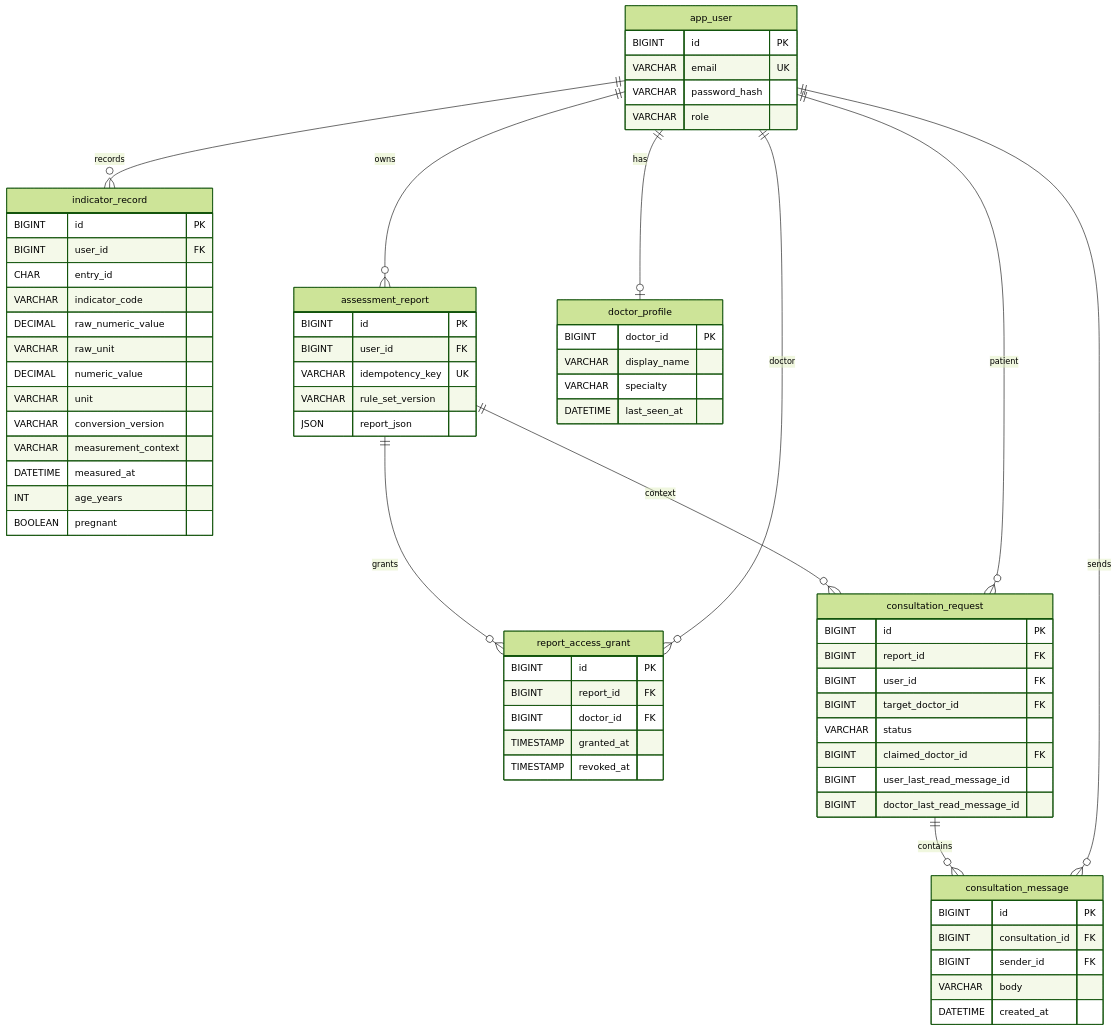
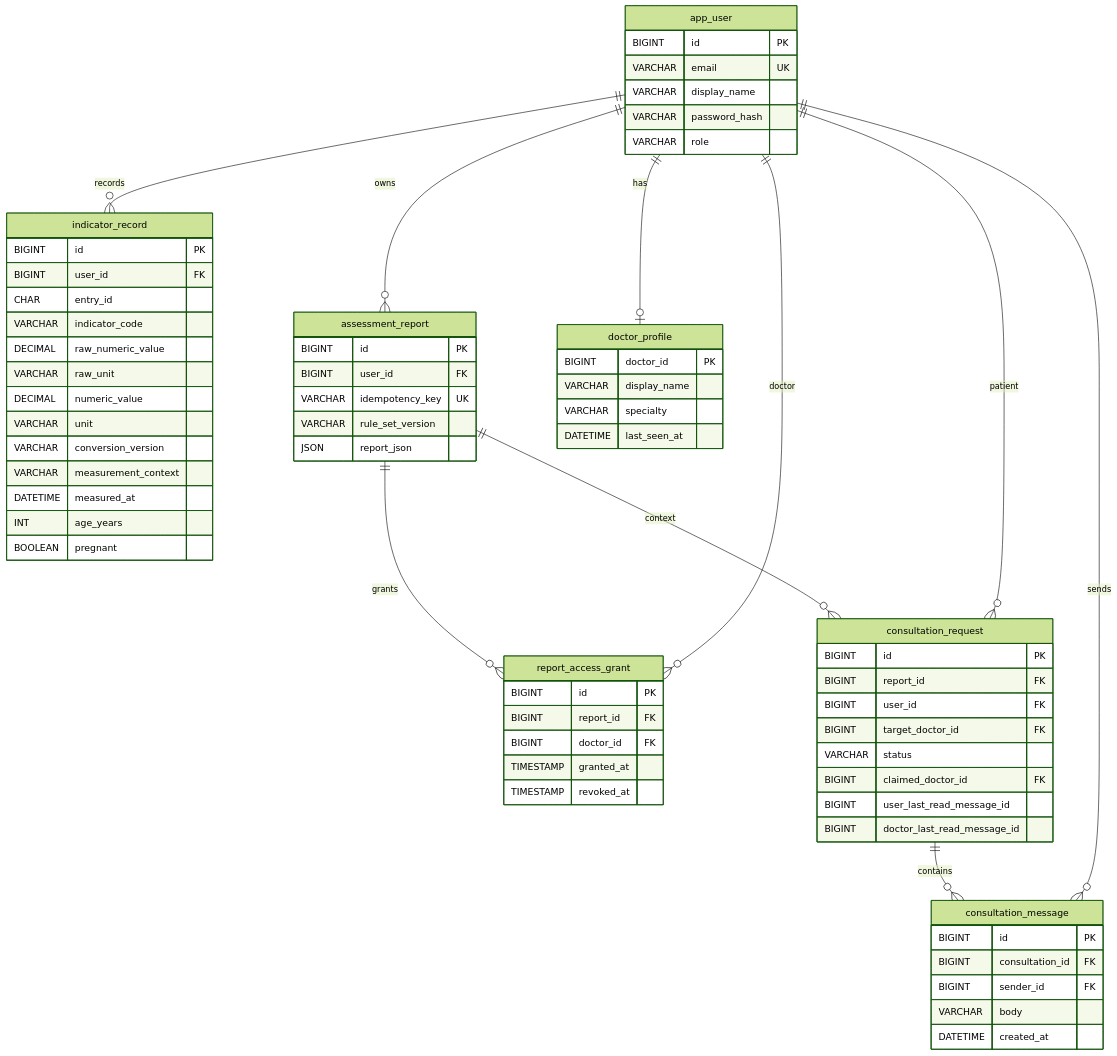
One commit to mxxx-account/JWZZ changed the diagram in docs/database-design.md. Above: the diagram before and after it, drawn with Mermaid (forest theme). The commit also changed other lines of this file and 27 other files, not shown here.

````diff
--- a/docs/database-design.md
+++ b/docs/database-design.md
@@ -5,71 +5,72 @@
 ```mermaid
 erDiagram
   app_user ||--o{ indicator_record : records
   app_user ||--o{ assessment_report : owns
   app_user ||--o| doctor_profile : has
   assessment_report ||--o{ report_access_grant : grants
   app_user ||--o{ report_access_grant : doctor
   assessment_report ||--o{ consultation_request : context
   app_user ||--o{ consultation_request : patient
   consultation_request ||--o{ consultation_message : contains
   app_user ||--o{ consultation_message : sends
 
   app_user {
     BIGINT id PK
     VARCHAR email UK
+    VARCHAR display_name
     VARCHAR password_hash
     VARCHAR role
   }
   indicator_record {
     BIGINT id PK
     BIGINT user_id FK
     CHAR entry_id
     VARCHAR indicator_code
     DECIMAL raw_numeric_value
     VARCHAR raw_unit
     DECIMAL numeric_value
     VARCHAR unit
     VARCHAR conversion_version
     VARCHAR measurement_context
     DATETIME measured_at
     INT age_years
     BOOLEAN pregnant
   }
   assessment_report {
     BIGINT id PK
     BIGINT user_id FK
     VARCHAR idempotency_key UK
     VARCHAR rule_set_version
     JSON report_json
   }
   doctor_profile {
     BIGINT doctor_id PK
     VARCHAR display_name
     VARCHAR specialty
     DATETIME last_seen_at
   }
   report_access_grant {
     BIGINT id PK
     BIGINT report_id FK
     BIGINT doctor_id FK
     TIMESTAMP granted_at
     TIMESTAMP revoked_at
   }
   consultation_request {
     BIGINT id PK
     BIGINT report_id FK
     BIGINT user_id FK
     BIGINT target_doctor_id FK
     VARCHAR status
     BIGINT claimed_doctor_id FK
     BIGINT user_last_read_message_id
     BIGINT doctor_last_read_message_id
   }
   consultation_message {
     BIGINT id PK
     BIGINT consultation_id FK
     BIGINT sender_id FK
     VARCHAR body
     DATETIME created_at
   }
 ```
````
